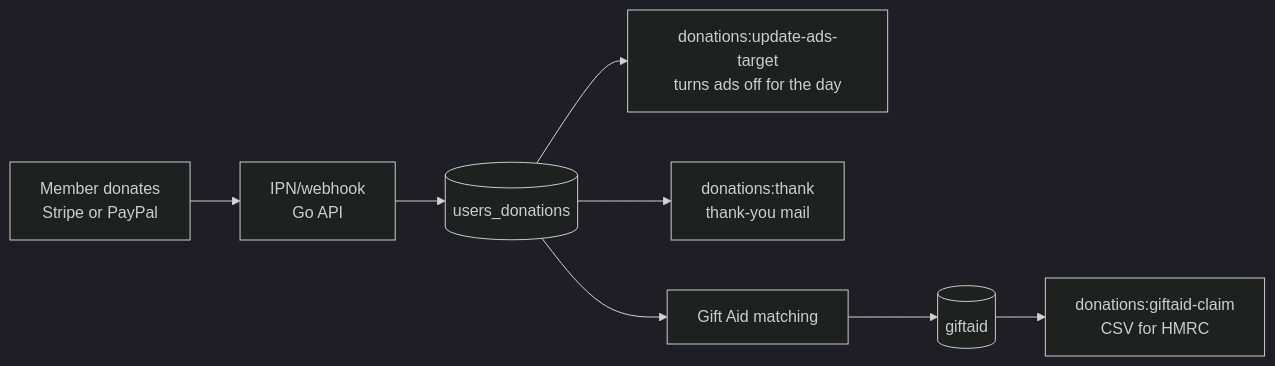
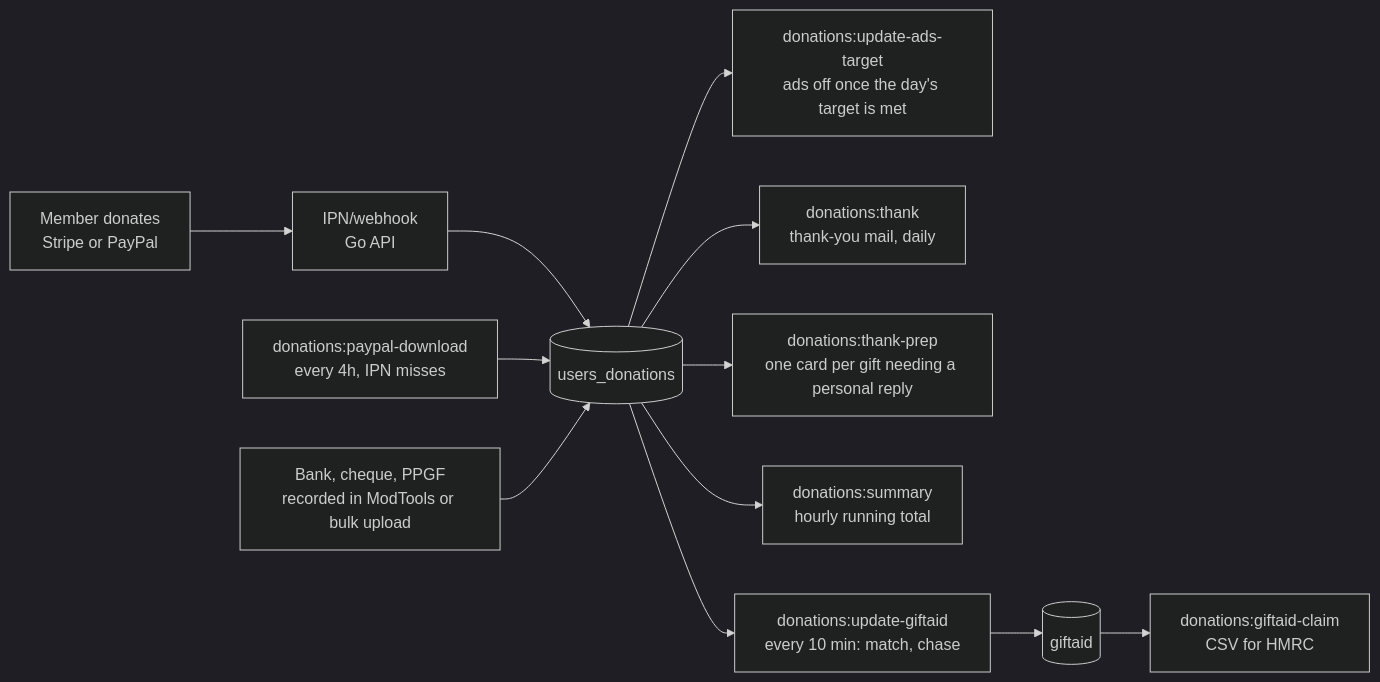
The diagram in docs/developers/reference/donations-and-gift-aid.md (Freegle/Iznik), drawn with Mermaid (dark theme) before and after one commit. The commit also changed other lines of this file and 176 other files, not shown here.

````diff
--- a/docs/developers/reference/donations-and-gift-aid.md
+++ b/docs/developers/reference/donations-and-gift-aid.md
@@ -52,10 +52,14 @@
 ```mermaid
 flowchart LR
     A[Member donates<br/>Stripe or PayPal] --> B[IPN/webhook<br/>Go API]
     B --> C[(users_donations)]
-    C --> D[donations:update-ads-target<br/>turns ads off for the day]
-    C --> E[donations:thank<br/>thank-you mail]
-    C --> F[Gift Aid matching]
+    P[donations:paypal-download<br/>every 4h, IPN misses] --> C
+    X[Bank, cheque, PPGF<br/>recorded in ModTools or bulk upload] --> C
+    C --> D[donations:update-ads-target<br/>ads off once the day's target is met]
+    C --> E[donations:thank<br/>thank-you mail, daily]
+    C --> E2[donations:thank-prep<br/>one card per gift needing a personal reply]
+    C --> E3[donations:summary<br/>hourly running total]
+    C --> F[donations:update-giftaid<br/>every 10 min: match, chase]
     F --> G[(giftaid)]
     G --> H[donations:giftaid-claim<br/>CSV for HMRC]
 ```
````
